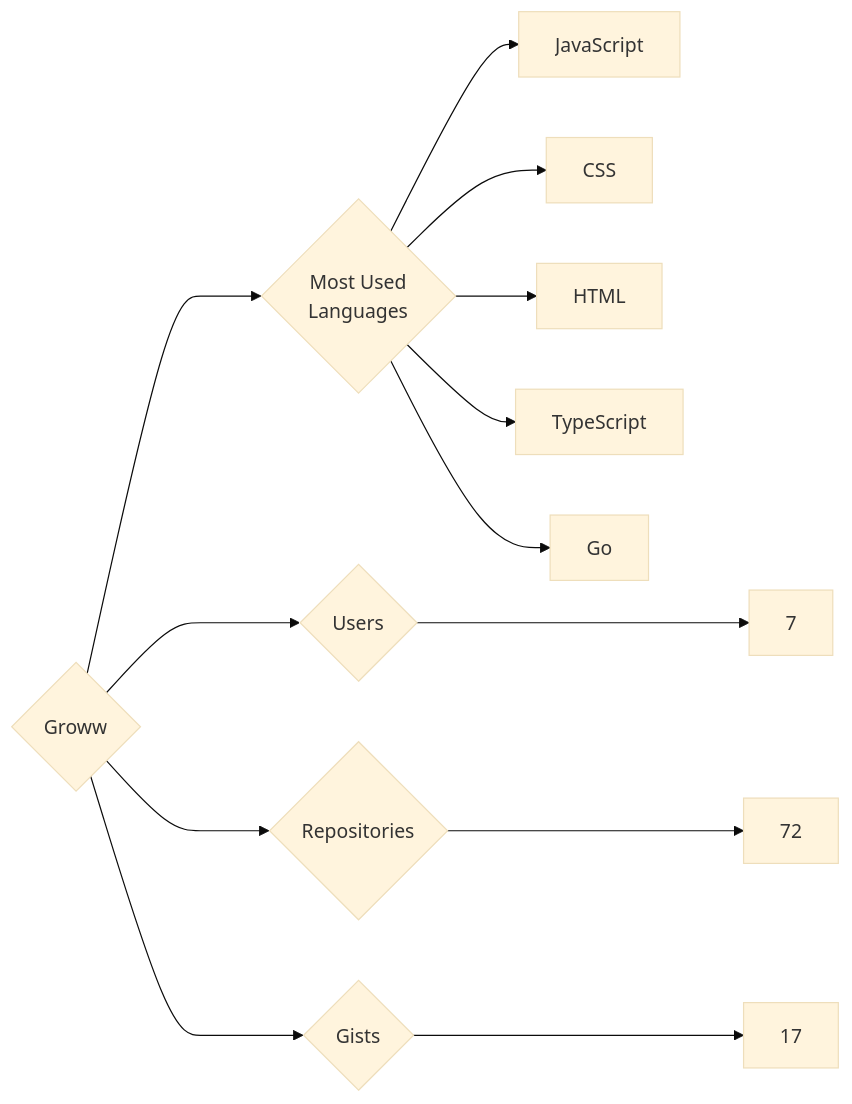
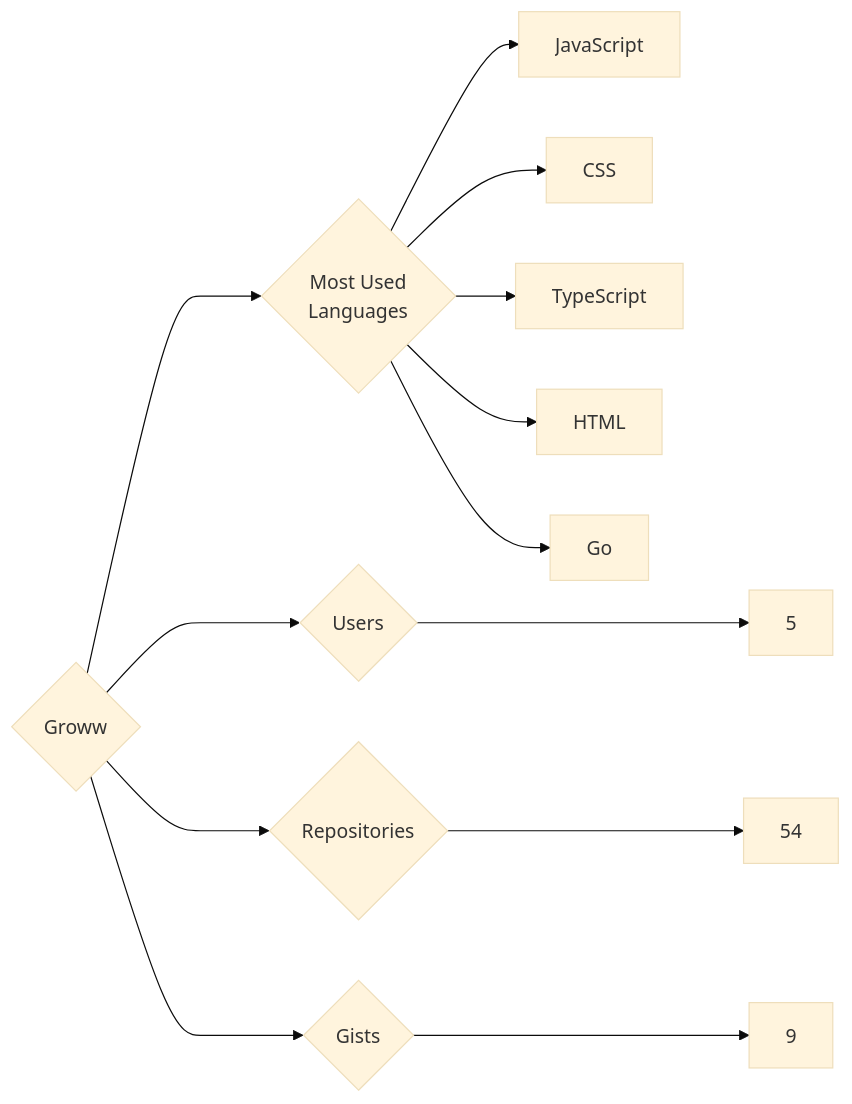
Before and after one commit to trickest/insiders: the diagram in targets/Groww/README.md, drawn with Mermaid (base theme). The commit also changed 997 other files, not shown here.

````diff
--- a/targets/Groww/README.md
+++ b/targets/Groww/README.md
@@ -3,13 +3,13 @@
 ```mermaid
 graph LR
 COMPANY_NAME{Groww}
-COMPANY_NAME ---> U{Users} ---> UN[7]
-COMPANY_NAME ---> R{Repositories} ---> RN[72]
-COMPANY_NAME ---> G{Gists} ---> GN[17]
+COMPANY_NAME ---> U{Users} ---> UN[5]
+COMPANY_NAME ---> R{Repositories} ---> RN[54]
+COMPANY_NAME ---> G{Gists} ---> GN[9]
 COMPANY_NAME ---> ML{Most Used<br>Languages}
 ML --> JavaScript[JavaScript]
 ML --> CSS[CSS]
+ML --> TypeScript[TypeScript]
 ML --> HTML[HTML]
-ML --> TypeScript[TypeScript]
 ML --> Go[Go]
 ```
````
